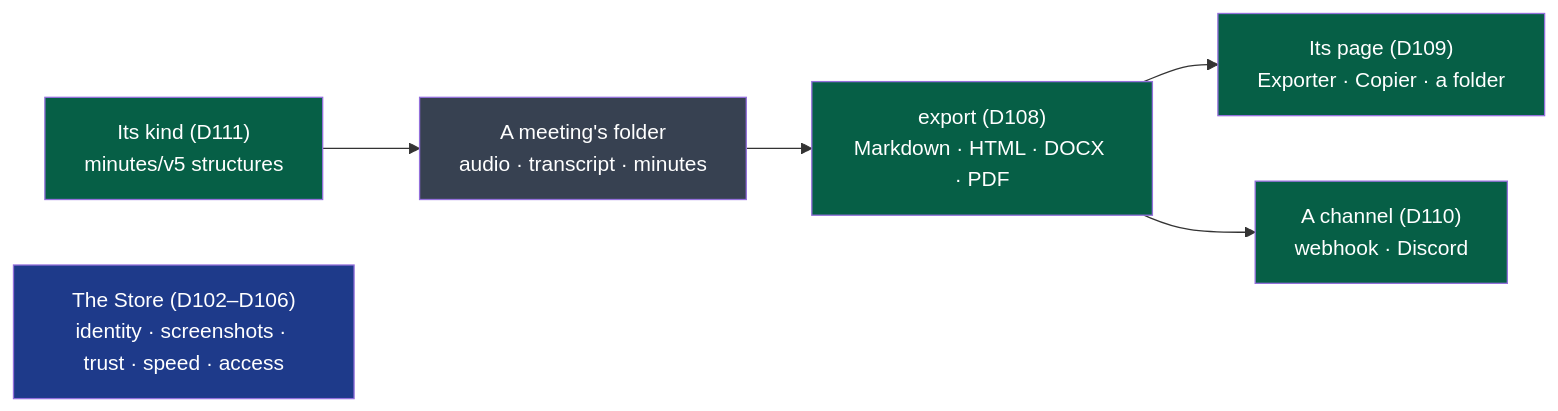
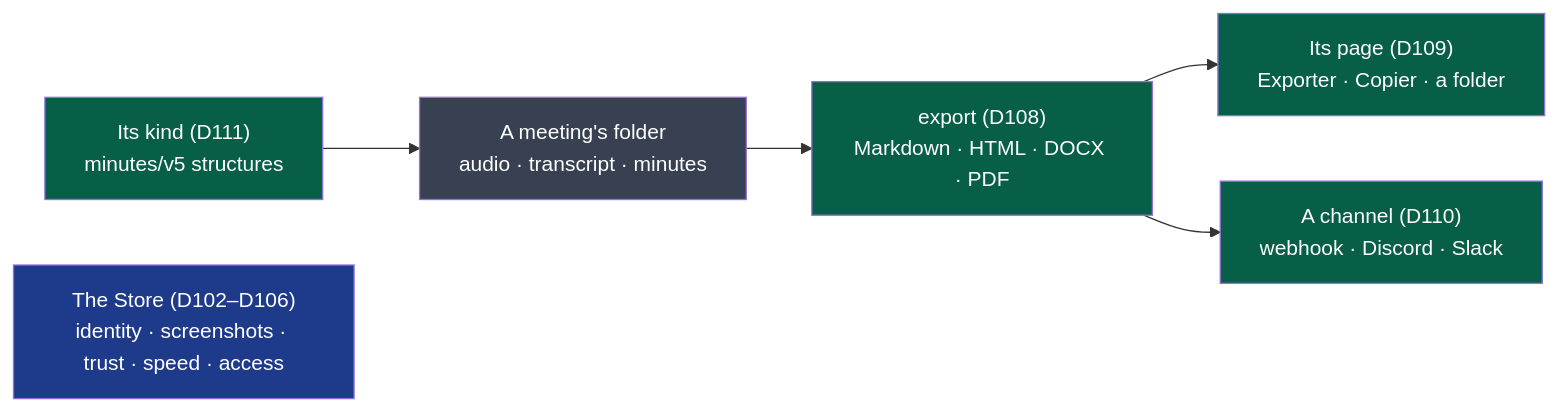
The diagram in docs/project/cycles/11-kitokey-on-sale-and-out-of-the-app.md (NapkinStack/kitokey), drawn with Mermaid before and after one commit. The commit also changed other lines of this file and 2 other files, not shown here.

First line of the commit message:
PDR-0007 accepted, Slack's incoming webhook in D110's criterion 2: the decider's word, 2026-11-20

````diff
--- a/docs/project/cycles/11-kitokey-on-sale-and-out-of-the-app.md
+++ b/docs/project/cycles/11-kitokey-on-sale-and-out-of-the-app.md
@@ -149,11 +155,11 @@
 ```mermaid
 flowchart LR
     M["A meeting's folder<br/>audio · transcript · minutes"]:::have --> X["export (D108)<br/>Markdown · HTML · DOCX · PDF"]:::build
     X --> P["Its page (D109)<br/>Exporter · Copier · a folder"]:::build
-    X --> S["A channel (D110)<br/>webhook · Discord"]:::build
+    X --> S["A channel (D110)<br/>webhook · Discord · Slack"]:::build
     T["Its kind (D111)<br/>minutes/v5 structures"]:::build --> M
     W["The Store (D102–D106)<br/>identity · screenshots · trust · speed · access"]:::store
     classDef have fill:#374151,color:#fff
     classDef build fill:#065f46,color:#fff
     classDef store fill:#1e3a8a,color:#fff
 ```
````
